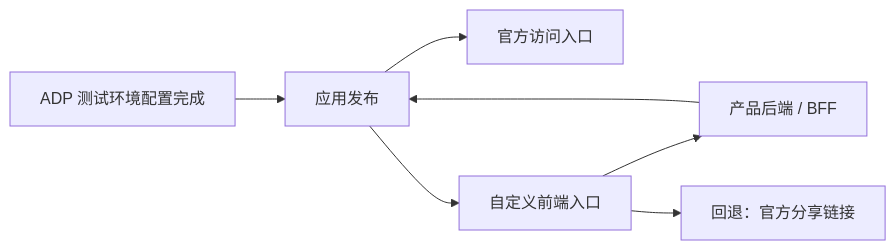
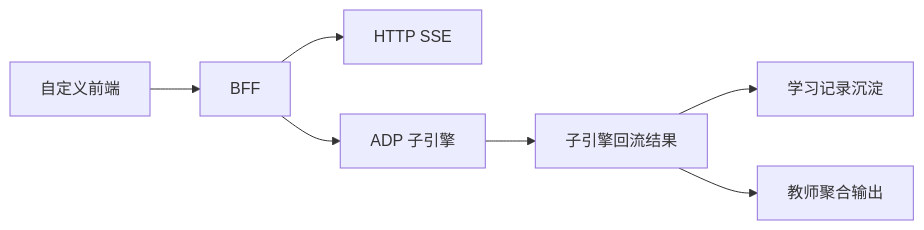
One commit to chenqsq/doc-showcase changed the diagram in doc/智能体文档/子引擎层/实施附录/03-P2-外部接入与产品后端-架构设计.md. Above: the diagram before and after it, drawn with Mermaid. The commit also changed other lines of this file and 20 other files, not shown here.

````diff
--- a/doc/智能体文档/子引擎层/实施附录/03-P2-外部接入与产品后端-架构设计.md
+++ b/doc/智能体文档/子引擎层/实施附录/03-P2-外部接入与产品后端-架构设计.md
@@ -174,9 +60,9 @@
 ```mermaid
 flowchart LR
-    A["ADP 测试环境配置完成"] --> B["应用发布"]
-    B --> C["官方访问入口"]
-    B --> D["自定义前端入口"]
-    D --> E["产品后端 / BFF"]
-    E --> B
-    D --> F["回退：官方分享链接"]
+    A[自定义前端] --> B[BFF]
+    B --> C[HTTP SSE]
+    B --> D[ADP 子引擎]
+    D --> E[子引擎回流结果]
+    E --> F[学习记录沉淀]
+    E --> G[教师聚合输出]
 ```
````
